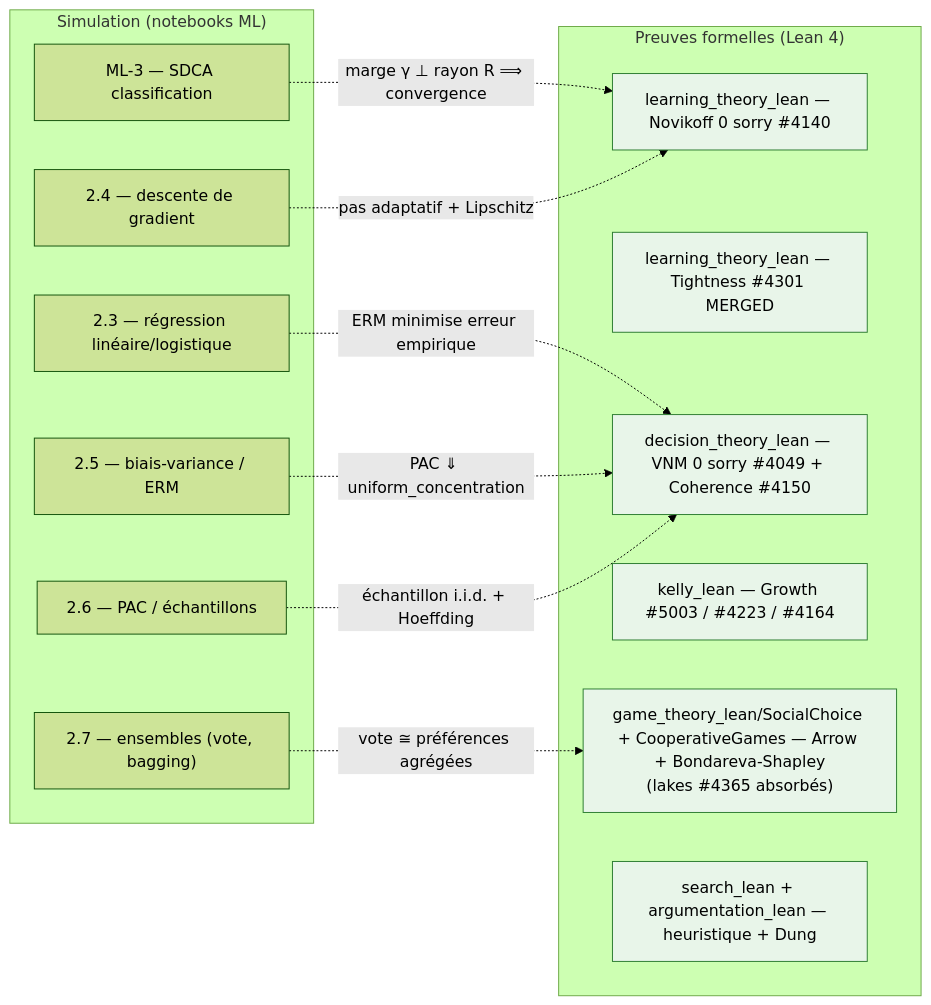
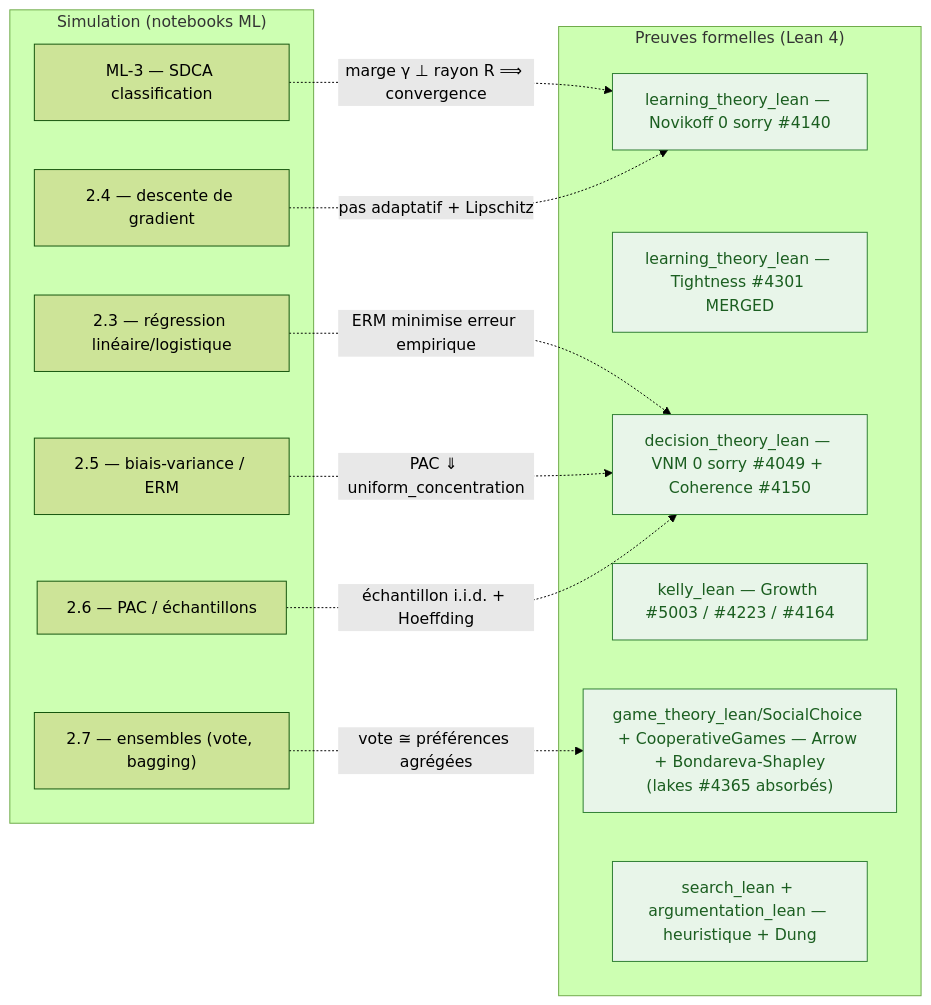
One commit to jsboige/CoursIA changed the diagram in MyIA.AI.Notebooks/ML/README.md. Above: the diagram before and after it, drawn with Mermaid (forest theme). The commit also changed 3 other files, not shown here.

First line of the commit message:
fix(docs,#15516): color: explicite sur les regles mermaid fill: des READMEs racine/Notebooks/ML/SymbolicAI (4 fichiers, 18 regles)

````diff
--- a/MyIA.AI.Notebooks/ML/README.md
+++ b/MyIA.AI.Notebooks/ML/README.md
@@ -335,31 +335,32 @@
 ```mermaid
 flowchart LR
     subgraph SIM["Simulation (notebooks ML)"]
         NB1["ML-3 — SDCA classification"]
         NB2["2.3 — régression linéaire/logistique"]
         NB3["2.4 — descente de gradient"]
         NB4["2.5 — biais-variance / ERM"]
         NB5["2.7 — ensembles (vote, bagging)"]
         NB6["2.6 — PAC / échantillons"]
     end
     subgraph LEAN["Preuves formelles (Lean 4)"]
         L1["learning_theory_lean — Novikoff 0 sorry #4140"]
         L2["learning_theory_lean — Tightness #4301 MERGED"]
         L3["decision_theory_lean — VNM 0 sorry #4049 + Coherence #4150"]
         L4["kelly_lean — Growth #5003 / #4223 / #4164"]
         L5["game_theory_lean/SocialChoice + CooperativeGames — Arrow + Bondareva-Shapley<br/>(lakes #4365 absorbés)"]
         L6["search_lean + argumentation_lean — heuristique + Dung"]
     end
     NB1 -. "marge γ ⊥ rayon R ⟹ convergence" .-> L1
     NB2 -. "ERM minimise erreur empirique" .-> L3
     NB3 -. "pas adaptatif + Lipschitz" .-> L1
     NB4 -. "PAC ⇓ uniform_concentration" .-> L3
     NB5 -. "vote ≅ préférences agrégées" .-> L5
     NB6 -. "échantillon i.i.d. + Hoeffding" .-> L3
-    style L1 fill:#e8f5e9,stroke:#2e7d32
-    style L2 fill:#e8f5e9,stroke:#2e7d32
-    style L3 fill:#e8f5e9,stroke:#2e7d32
-    style L4 fill:#e8f5e9,stroke:#2e7d32
-    style L5 fill:#e8f5e9,stroke:#2e7d32
-    style L6 fill:#e8f5e9,stroke:#2e7d32
+    %% color: explicite -- sans lui, libelle clair sur fond clair en mode sombre GitHub (#15022) ; ton parfois plus fonce que le stroke (le stroke en couleur de texte rendrait infer illisible) : ne pas harmoniser
+    style L1 fill:#e8f5e9,stroke:#2e7d32,color:#1b5e20
+    style L2 fill:#e8f5e9,stroke:#2e7d32,color:#1b5e20
+    style L3 fill:#e8f5e9,stroke:#2e7d32,color:#1b5e20
+    style L4 fill:#e8f5e9,stroke:#2e7d32,color:#1b5e20
+    style L5 fill:#e8f5e9,stroke:#2e7d32,color:#1b5e20
+    style L6 fill:#e8f5e9,stroke:#2e7d32,color:#1b5e20
 ```
````
